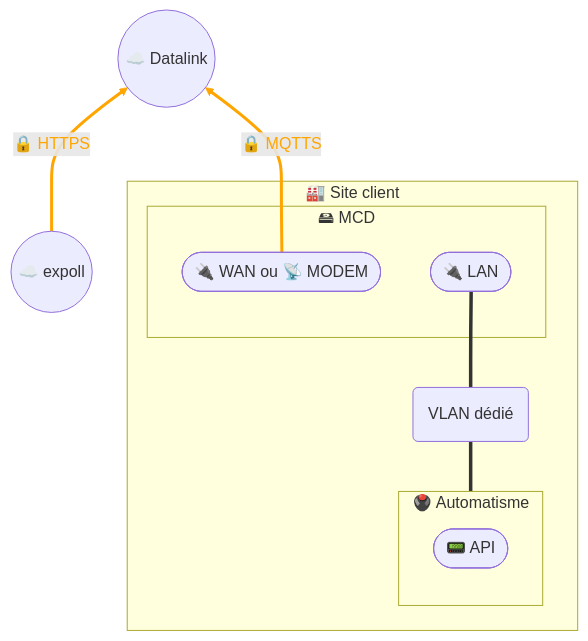
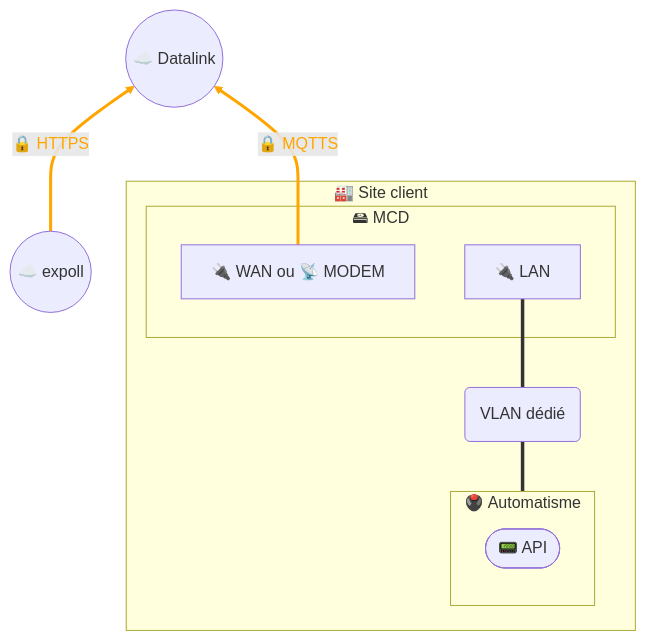
Before and after one commit to JohannPx/network-architectures: the second of 2 diagrams in docs/control/Pilotage distant - Expoll Drive.md, drawn with Mermaid. The commit also changed other lines of this file and 8 other files, not shown here.

````diff
--- a/docs/control/Pilotage distant - Expoll Drive.md
+++ b/docs/control/Pilotage distant - Expoll Drive.md
@@ -31,22 +31,22 @@
 ```mermaid
 flowchart BT
     expoll((☁️ expoll)) == 🔒 HTTPS ==> datalink((☁️ Datalink))
     mcdWan == 🔒 MQTTS ==>   datalink
 
     subgraph site [🏭 Site client]
         subgraph mcd [🖴 MCD]
-            mcdLan([🔌 LAN])
-            mcdWan([🔌 WAN ou 📡 MODEM])
+            mcdLan[🔌 LAN]
+            mcdWan[🔌 WAN ou 📡 MODEM]
         end
         vlan(VLAN dédié)
         subgraph automation [🖲️ Automatisme]
             plc([📟 API])
         end
     end
 
     automation === vlan
     vlan === mcdLan
     
     linkStyle 0 stroke:orange,stroke-width:3px,color:orange;
     linkStyle 1 stroke:orange,stroke-width:3px,color:orange;
 ```
````
